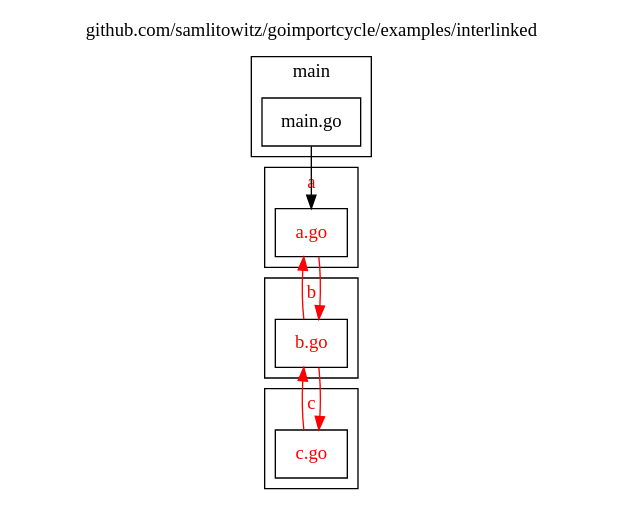
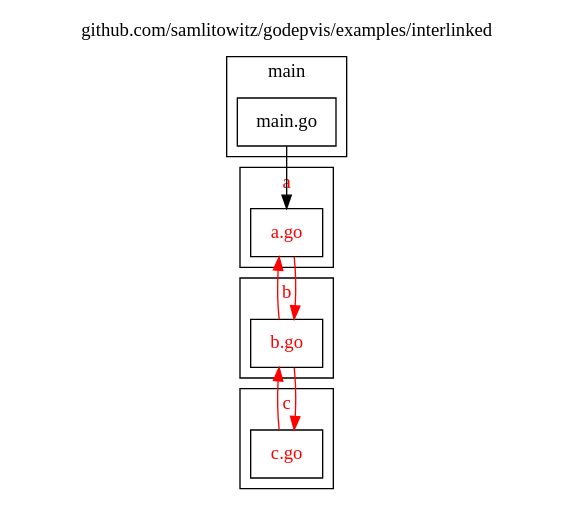
The diagram in assets/examples/interlinked/file.dot (samlitowitz/godepvis), drawn with Graphviz before and after one commit. The commit also changed 69 other files, not shown here.

```diff
--- a/assets/examples/interlinked/file.dot
+++ b/assets/examples/interlinked/file.dot
@@ -1,48 +1,48 @@
 digraph {
 	labelloc="t";
-	label="github.com/samlitowitz/goimportcycle/examples/interlinked";
+	label="github.com/samlitowitz/godepvis/examples/interlinked";
 	rankdir="TB";
 	node [shape="rect"];
 
 	subgraph "cluster_pkg_a" {
 		label="a";
 		style="filled";
 		fontcolor="#ff0000";
 		fillcolor="#ffffff";
 
 		"pkg_a_file_a" [label="a.go", style="filled", fontcolor="#ff0000", fillcolor="#ffffff"];
 	};
 
 	subgraph "cluster_pkg_b" {
 		label="b";
 		style="filled";
 		fontcolor="#ff0000";
 		fillcolor="#ffffff";
 
 		"pkg_b_file_b" [label="b.go", style="filled", fontcolor="#ff0000", fillcolor="#ffffff"];
 	};
 
 	subgraph "cluster_pkg_c" {
 		label="c";
 		style="filled";
 		fontcolor="#ff0000";
 		fillcolor="#ffffff";
 
 		"pkg_c_file_c" [label="c.go", style="filled", fontcolor="#ff0000", fillcolor="#ffffff"];
 	};
 
 	subgraph "cluster_pkg_main" {
 		label="main";
 		style="filled";
 		fontcolor="#000000";
 		fillcolor="#ffffff";
 
 		"pkg_main_file_main" [label="main.go", style="filled", fontcolor="#000000", fillcolor="#ffffff"];
 	};
 
 	"pkg_a_file_a" -> "pkg_b_file_b" [color="#ff0000"];
+	"pkg_b_file_b" -> "pkg_a_file_a" [color="#ff0000"];
 	"pkg_b_file_b" -> "pkg_c_file_c" [color="#ff0000"];
-	"pkg_b_file_b" -> "pkg_a_file_a" [color="#ff0000"];
 	"pkg_c_file_c" -> "pkg_b_file_b" [color="#ff0000"];
 	"pkg_main_file_main" -> "pkg_a_file_a" [color="#000000"];
 }
```
